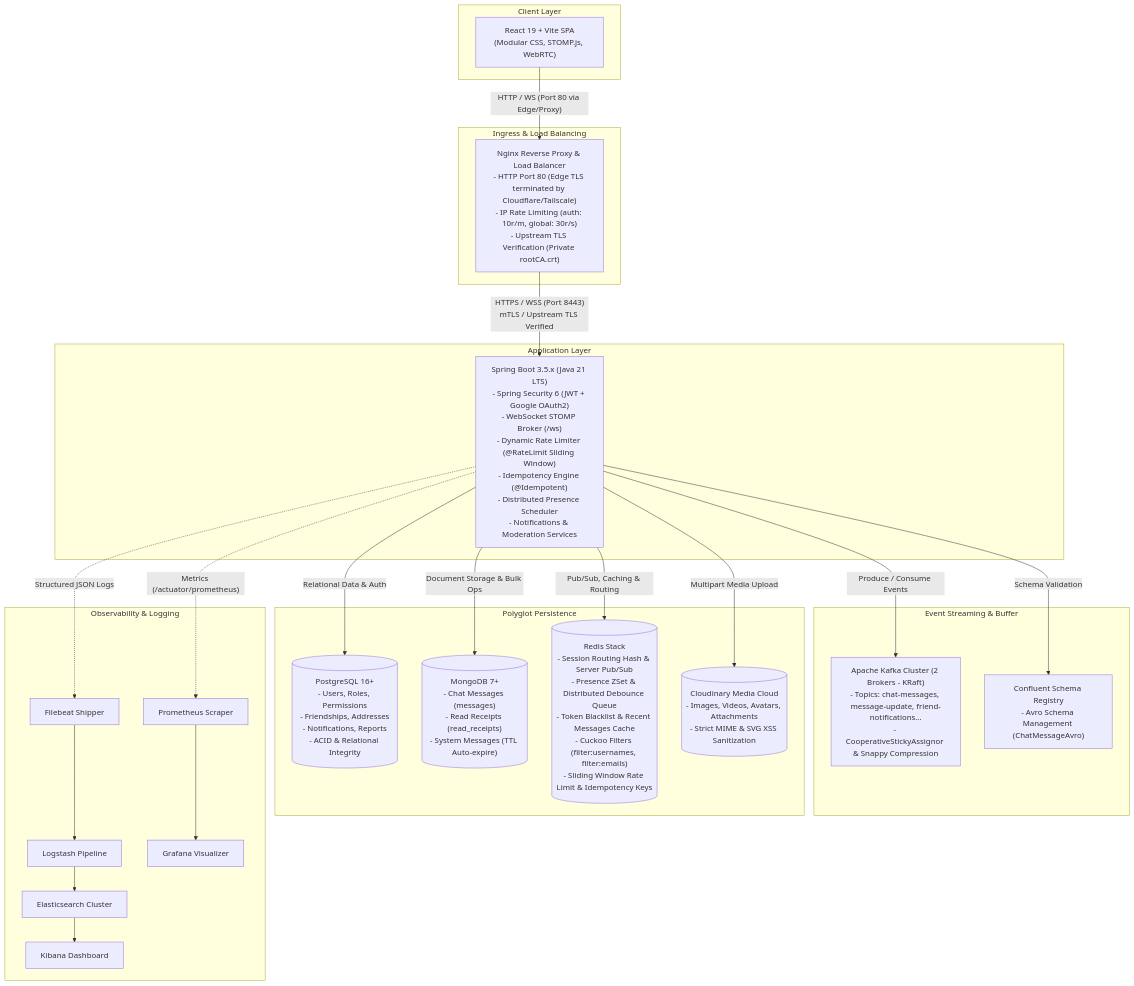
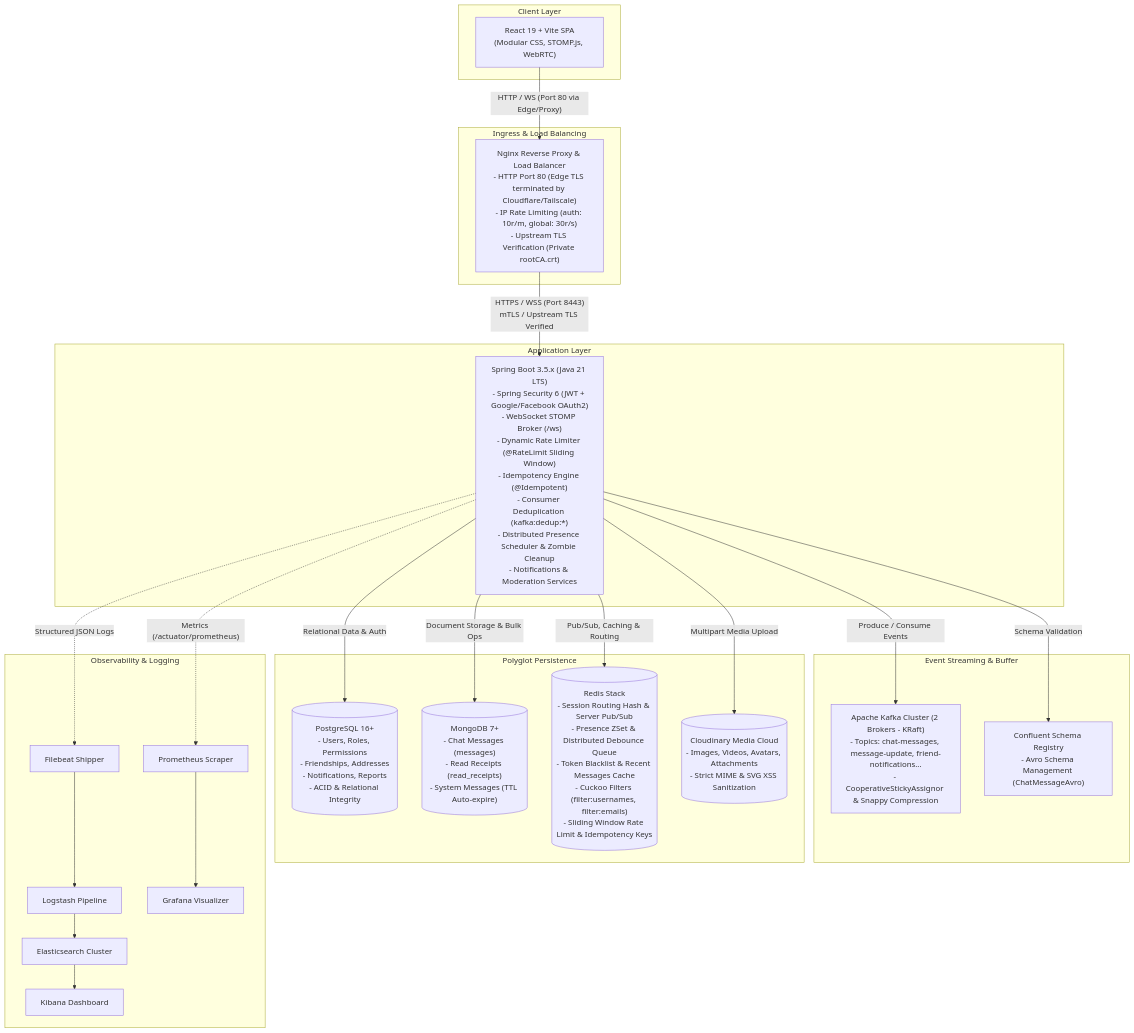
Before and after one commit to phwkha/ChatWeb-RealTime: the diagram in docs/architecture/01-system-overview.md, drawn with Mermaid. The commit also changed other lines of this file and 9 other files, not shown here.

First line of the commit message:
Enhance system architecture documentation and database design

````diff
--- a/docs/architecture/01-system-overview.md
+++ b/docs/architecture/01-system-overview.md
@@ -11,43 +11,43 @@
 ```mermaid
 graph TB
     subgraph ClientLayer["Client Layer"]
         WebClient["React 19 + Vite SPA<br/>(Modular CSS, STOMP.js, WebRTC)"]
     end
 
     subgraph IngressLayer["Ingress & Load Balancing"]
         Nginx["Nginx Reverse Proxy & Load Balancer<br/>- HTTP Port 80 (Edge TLS terminated by Cloudflare/Tailscale)<br/>- IP Rate Limiting (auth: 10r/m, global: 30r/s)<br/>- Upstream TLS Verification (Private rootCA.crt)"]
     end
 
     subgraph AppLayer["Application Layer"]
-        Backend["Spring Boot 3.5.x (Java 21 LTS)<br/>- Spring Security 6 (JWT + Google OAuth2)<br/>- WebSocket STOMP Broker (/ws)<br/>- Dynamic Rate Limiter (@RateLimit Sliding Window)<br/>- Idempotency Engine (@Idempotent)<br/>- Distributed Presence Scheduler<br/>- Notifications & Moderation Services"]
+        Backend["Spring Boot 3.5.x (Java 21 LTS)<br/>- Spring Security 6 (JWT + Google/Facebook OAuth2)<br/>- WebSocket STOMP Broker (/ws)<br/>- Dynamic Rate Limiter (@RateLimit Sliding Window)<br/>- Idempotency Engine (@Idempotent)<br/>- Consumer Deduplication (kafka:dedup:*)<br/>- Distributed Presence Scheduler & Zombie Cleanup<br/>- Notifications & Moderation Services"]
     end
 
     subgraph EventLayer["Event Streaming & Buffer"]
         Kafka["Apache Kafka Cluster (2 Brokers - KRaft)<br/>- Topics: chat-messages, message-update, friend-notifications...<br/>- CooperativeStickyAssignor & Snappy Compression"]
         SchemaRegistry["Confluent Schema Registry<br/>- Avro Schema Management (ChatMessageAvro)"]
     end
 
     subgraph StorageLayer["Polyglot Persistence"]
         Postgres[("PostgreSQL 16+<br/>- Users, Roles, Permissions<br/>- Friendships, Addresses<br/>- Notifications, Reports<br/>- ACID & Relational Integrity")]
         Mongo[("MongoDB 7+<br/>- Chat Messages (messages)<br/>- Read Receipts (read_receipts)<br/>- System Messages (TTL Auto-expire)")]
         Redis[("Redis Stack<br/>- Session Routing Hash & Server Pub/Sub<br/>- Presence ZSet & Distributed Debounce Queue<br/>- Token Blacklist & Recent Messages Cache<br/>- Cuckoo Filters (filter:usernames, filter:emails)<br/>- Sliding Window Rate Limit & Idempotency Keys")]
         Cloudinary[("Cloudinary Media Cloud<br/>- Images, Videos, Avatars, Attachments<br/>- Strict MIME & SVG XSS Sanitization")]
     end
 
     subgraph ObservabilityLayer["Observability & Logging"]
         Filebeat["Filebeat Shipper"] --> Logstash["Logstash Pipeline"] --> Elasticsearch["Elasticsearch Cluster"] --> Kibana["Kibana Dashboard"]
         Prometheus["Prometheus Scraper"] --> Grafana["Grafana Visualizer"]
         Backend -. "Metrics (/actuator/prometheus)" .-> Prometheus
         Backend -. "Structured JSON Logs" .-> Filebeat
     end
 
     %% Network Connections
     WebClient -->|"HTTP / WS (Port 80 via Edge/Proxy)"| Nginx
     Nginx -->|"HTTPS / WSS (Port 8443)<br/>mTLS / Upstream TLS Verified"| Backend
     Backend -->|"Pub/Sub, Caching & Routing"| Redis
     Backend -->|"Relational Data & Auth"| Postgres
     Backend -->|"Document Storage & Bulk Ops"| Mongo
     Backend -->|"Produce / Consume Events"| Kafka
     Backend -->|"Schema Validation"| SchemaRegistry
     Backend -->|"Multipart Media Upload"| Cloudinary
 ```
````
